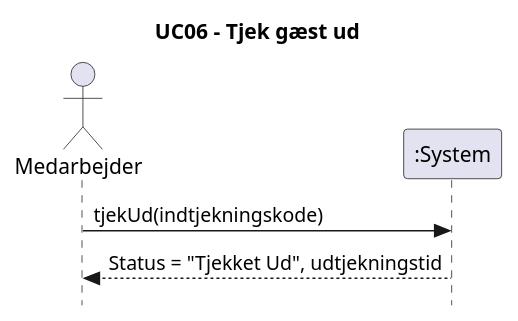
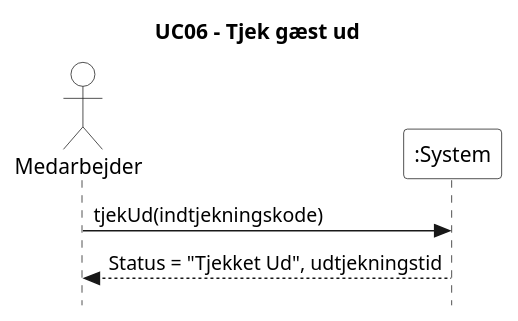
One commit to Zoabz/Hydac changed the diagram in 4. System Sekvens Diagram/UC06 Tjek Gæst Ud.puml. Above: the diagram before and after it, drawn with PlantUML. The commit also changed 5 other files, not shown here.

```diff
--- a/4. System Sekvens Diagram/UC06 Tjek Gæst Ud.puml
+++ b/4. System Sekvens Diagram/UC06 Tjek Gæst Ud.puml
@@ -1,10 +1,12 @@
 @startuml
 skinparam style strictuml
+skinparam ParticipantBackgroundColor white
+skinparam ActorBackgroundColor white
 title UC06 - Tjek gæst ud
 
 actor Medarbejder
 participant ":System" as System
 
 Medarbejder -> System : tjekUd(indtjekningskode)
 System --> Medarbejder : Status = "Tjekket Ud", udtjekningstid
 @enduml
```
